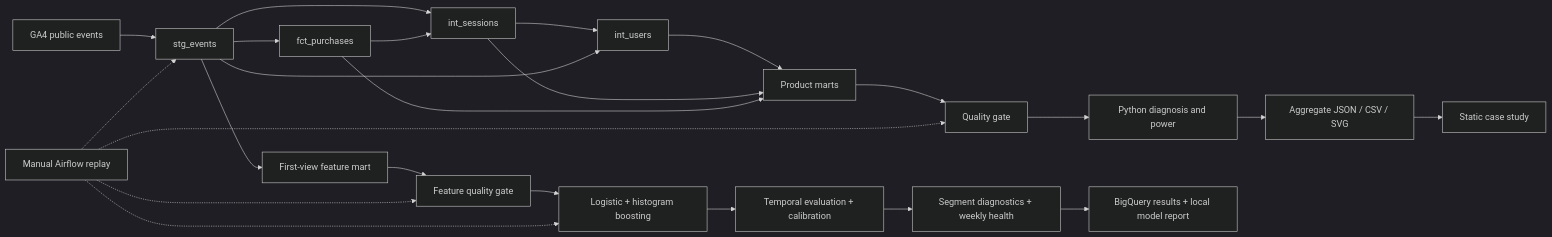
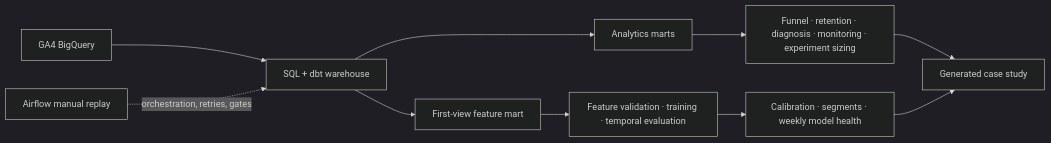
The diagram in README.md (Kohaningithub/google-merchandise-product-analytics), drawn with Mermaid (dark theme) before and after one commit. The commit also changed other lines of this file and 30 other files, not shown here.

````diff
--- a/README.md
+++ b/README.md
@@ -30,26 +31,12 @@
 ```mermaid
 flowchart LR
-  A[GA4 public events] --> B[stg_events]
-  B --> C[fct_purchases]
-  B --> D[int_sessions]
-  C --> D
-  D --> E[int_users]
-  B --> E
-  E --> F[Product marts]
-  D --> F
-  C --> F
-  F --> G[Quality gate]
-  G --> H[Python diagnosis and power]
-  H --> I[Aggregate JSON / CSV / SVG]
-  I --> J[Static case study]
-  B --> K[First-view feature mart]
-  K --> L[Feature quality gate]
-  L --> M[Logistic + histogram boosting]
-  M --> N[Temporal evaluation + calibration]
-  N --> O[Segment diagnostics + weekly health]
-  O --> P[BigQuery results + local model report]
-  Q[Manual Airflow replay] -.-> B
-  Q -.-> G
-  Q -.-> L
-  Q -.-> M
+  A[GA4 BigQuery] --> B[SQL + dbt warehouse]
+  B --> C[Analytics marts]
+  B --> D[First-view feature mart]
+  C --> E[Funnel · retention · diagnosis · monitoring · experiment sizing]
+  D --> F[Feature validation · training · temporal evaluation]
+  F --> G[Calibration · segments · weekly model health]
+  H[Airflow manual replay] -. orchestration, retries, gates .-> B
+  E --> I[Generated case study]
+  G --> I
 ```
````
